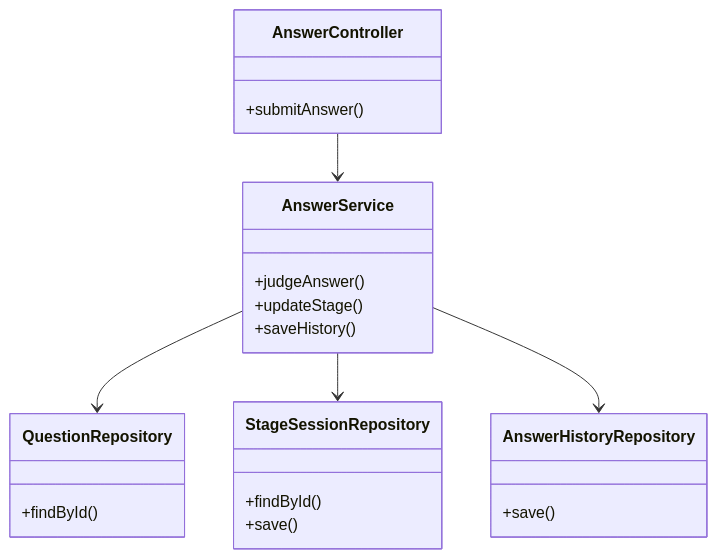
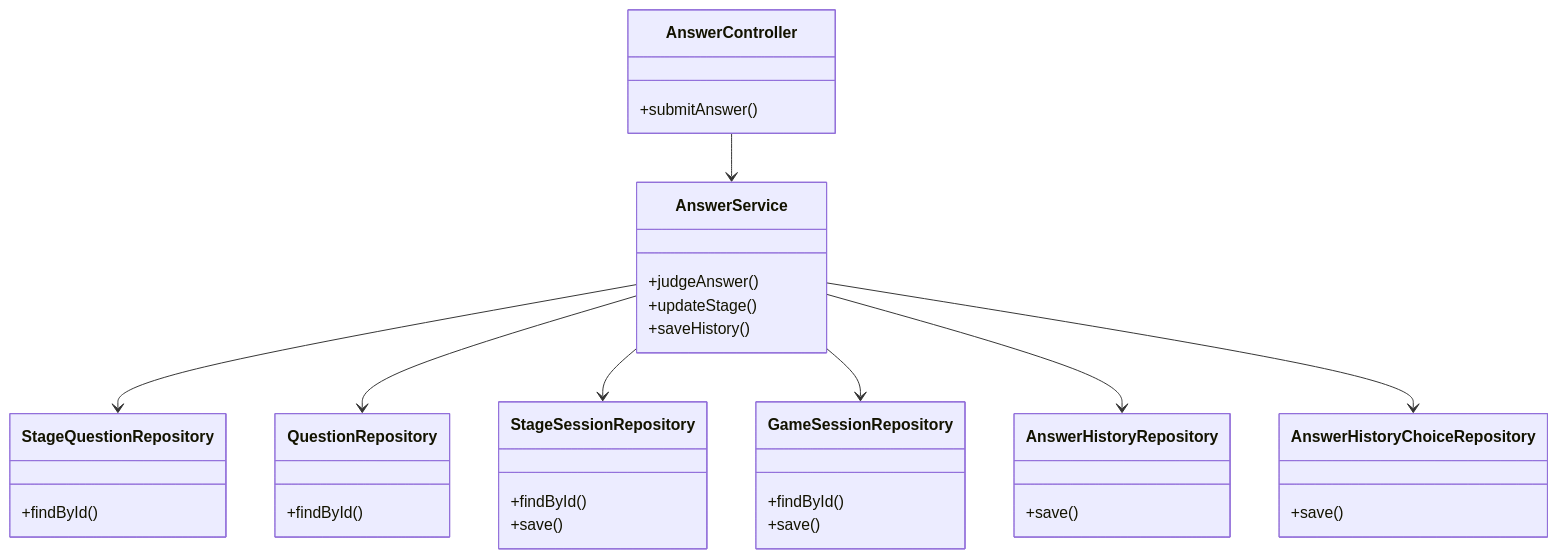
Diagram 22 of 26 in README.md (suu-dev-0203/graduation_JAVAgame), drawn with Mermaid before and after one commit. The commit also changed other lines of this file, not shown here.

````diff
--- a/README.md
+++ b/README.md
@@ -924,25 +936,39 @@
 ```mermaid
 classDiagram
-class AnswerController {
-  +submitAnswer()
-}
-class AnswerService {
-  +judgeAnswer()
-  +updateStage()
-  +saveHistory()
-}
-class QuestionRepository {
-  +findById()
-}
-class StageSessionRepository {
-  +findById()
-  +save()
-}
-class AnswerHistoryRepository {
-  +save()
-}
-AnswerController --> AnswerService
-AnswerService --> QuestionRepository
-AnswerService --> StageSessionRepository
-AnswerService --> AnswerHistoryRepository
+    class AnswerController {
+        +submitAnswer()
+    }
+    class AnswerService {
+        +judgeAnswer()
+        +updateStage()
+        +saveHistory()
+    }
+    class StageQuestionRepository {
+        +findById()
+    }
+    class QuestionRepository {
+        +findById()
+    }
+    class StageSessionRepository {
+        +findById()
+        +save()
+    }
+    class GameSessionRepository {
+        +findById()
+        +save()
+    }
+    class AnswerHistoryRepository {
+        +save()
+    }
+    class AnswerHistoryChoiceRepository {
+        +save()
+    }
+
+    AnswerController --> AnswerService
+    AnswerService --> StageQuestionRepository
+    AnswerService --> QuestionRepository
+    AnswerService --> StageSessionRepository
+    AnswerService --> GameSessionRepository
+    AnswerService --> AnswerHistoryRepository
+    AnswerService --> AnswerHistoryChoiceRepository
 ```
````
